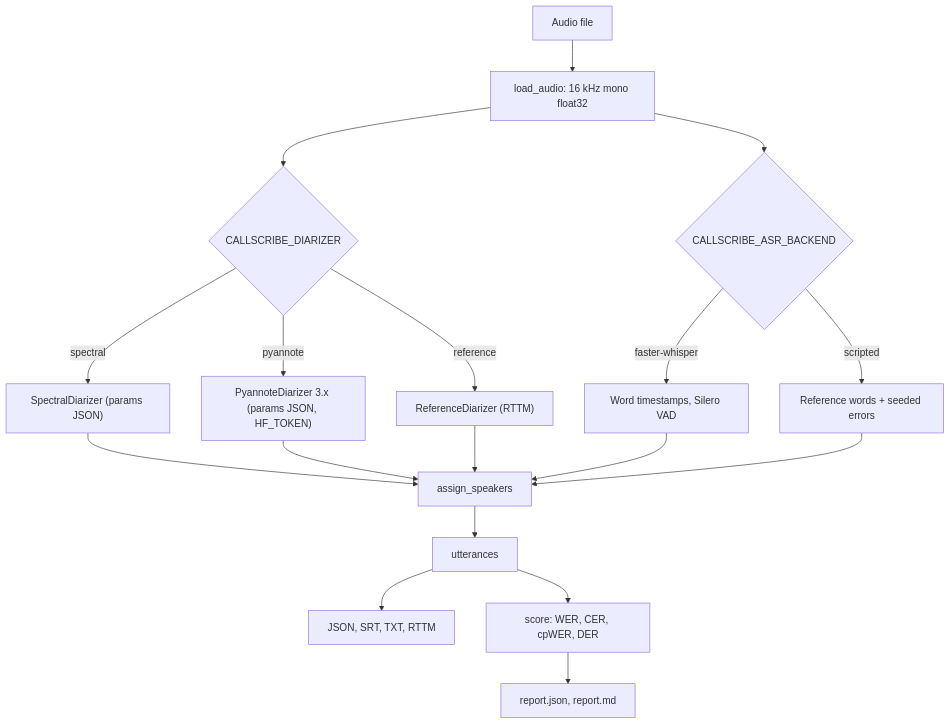
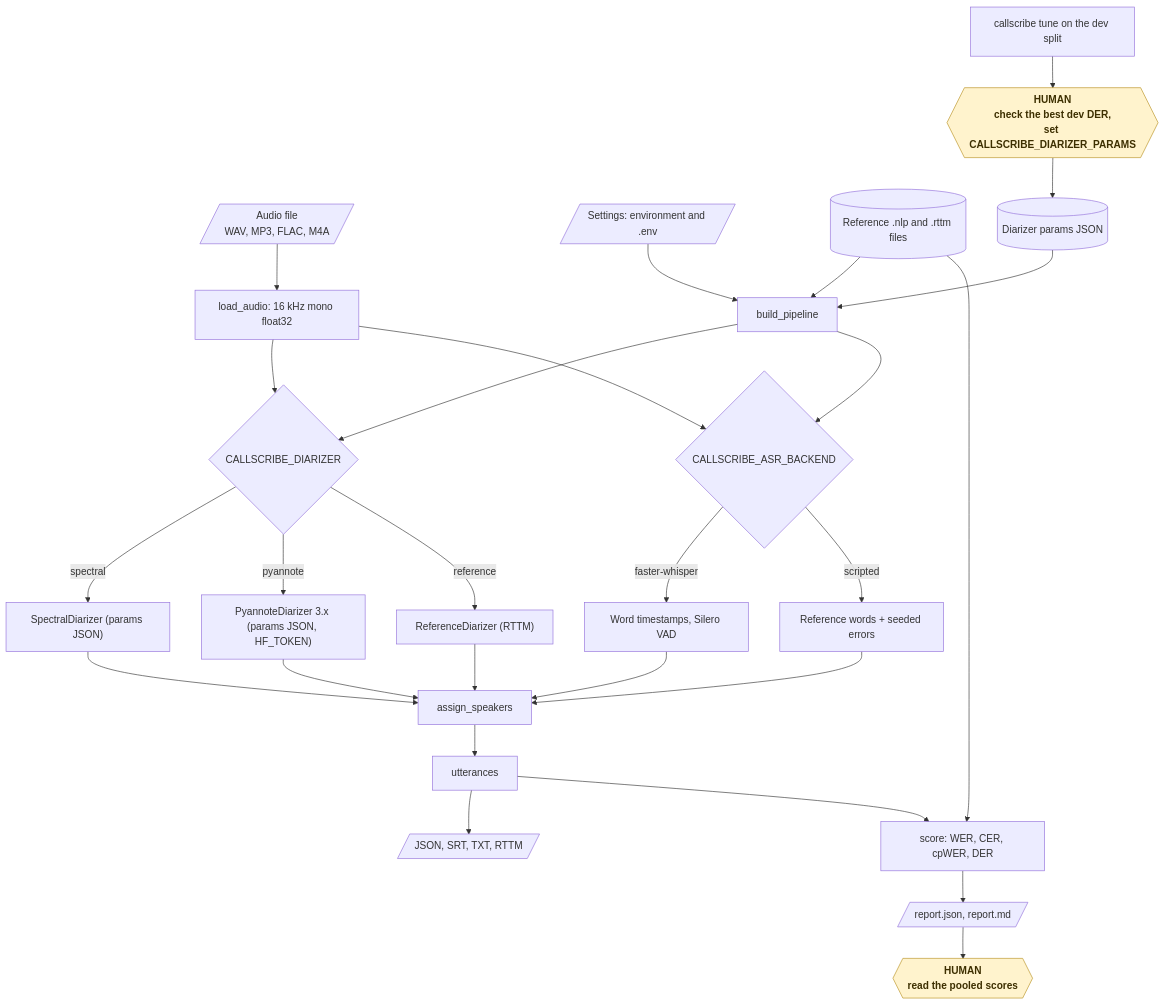
The fifth of 17 diagrams in README.md (KrishnaAnnavaram/callscribe), drawn with Mermaid before and after one commit. The commit also changed other lines of this file, not shown here.

Commit message:
Add the workflow diagrams to the README

````diff
--- a/README.md
+++ b/README.md
@@ -212,20 +289,34 @@
 ```mermaid
-flowchart TB
-    AUD["Audio file"] --> DEC["load_audio: 16 kHz mono float32"]
-    DEC --> DIA{"CALLSCRIBE_DIARIZER"}
+flowchart TD
+    AUD[/"Audio file<br/>WAV, MP3, FLAC, M4A"/] --> DEC["load_audio: 16 kHz mono float32"]
+    SET[/"Settings: environment and .env"/] --> BP["build_pipeline"]
+    REFS[("Reference .nlp and .rttm files")] --> BP
+    TUNE["callscribe tune on the dev split"] --> HP{{"HUMAN<br/>check the best dev DER,<br/>set CALLSCRIBE_DIARIZER_PARAMS"}}
+    HP --> PAR[("Diarizer params JSON")]
+    PAR --> BP
+    DIA{"CALLSCRIBE_DIARIZER"}
+    ASR{"CALLSCRIBE_ASR_BACKEND"}
+    BP --> DIA
+    BP --> ASR
+    DEC --> DIA
+    DEC --> ASR
     DIA -- "spectral" --> SD["SpectralDiarizer (params JSON)"]
     DIA -- "pyannote" --> PD["PyannoteDiarizer 3.x (params JSON, HF_TOKEN)"]
     DIA -- "reference" --> RD["ReferenceDiarizer (RTTM)"]
-    DEC --> ASR{"CALLSCRIBE_ASR_BACKEND"}
     ASR -- "faster-whisper" --> FW["Word timestamps, Silero VAD"]
     ASR -- "scripted" --> SA["Reference words + seeded errors"]
     SD --> AL["assign_speakers"]
     PD --> AL
     RD --> AL
     FW --> AL
     SA --> AL
     AL --> UT["utterances"]
-    UT --> EX["JSON, SRT, TXT, RTTM"]
+    UT --> EX[/"JSON, SRT, TXT, RTTM"/]
     UT --> SC["score: WER, CER, cpWER, DER"]
-    SC --> REP["report.json, report.md"]
+    REFS --> SC
+    SC --> REP[/"report.json, report.md"/]
+    REP --> HR{{"HUMAN<br/>read the pooled scores"}}
+
+    classDef human fill:#fff3cd,stroke:#b8901f,color:#3d2f00,font-weight:bold
+    class HP,HR human
 ```
````
